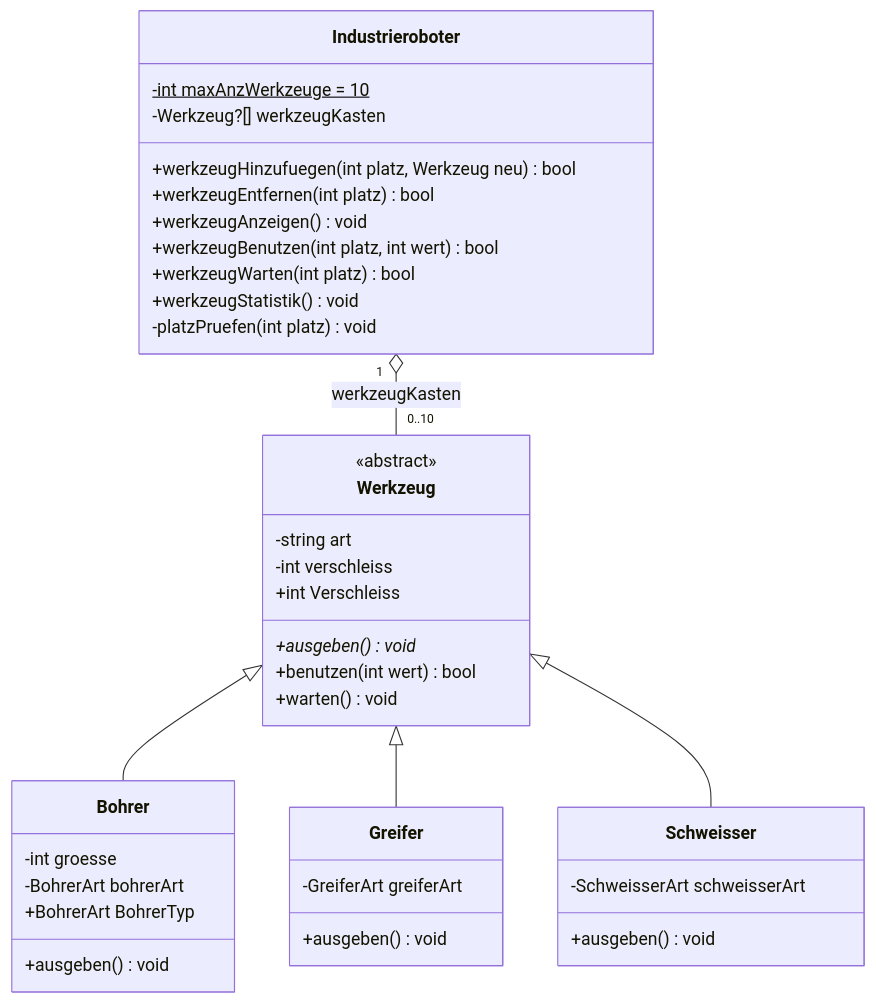
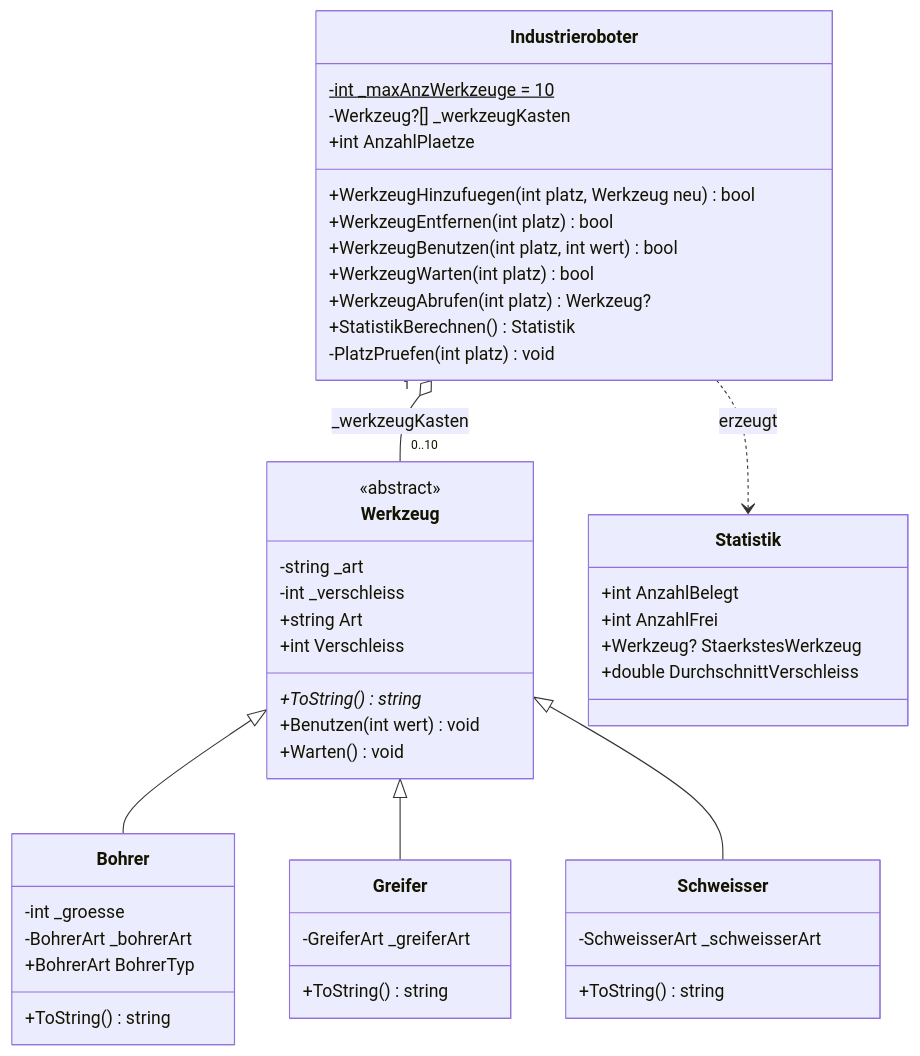
The diagram in README.md (PlossMarco/Industrieroboter), drawn with Mermaid before and after one commit. The commit also changed other lines of this file and 7 other files, not shown here.

````diff
--- a/README.md
+++ b/README.md
@@ -24,41 +24,50 @@
 ```mermaid
 classDiagram
     class Industrieroboter {
-        -int maxAnzWerkzeuge = 10$
-        -Werkzeug?[] werkzeugKasten
-        +werkzeugHinzufuegen(int platz, Werkzeug neu) bool
-        +werkzeugEntfernen(int platz) bool
-        +werkzeugAnzeigen() void
-        +werkzeugBenutzen(int platz, int wert) bool
-        +werkzeugWarten(int platz) bool
-        +werkzeugStatistik() void
-        -platzPruefen(int platz) void
+        -int _maxAnzWerkzeuge = 10$
+        -Werkzeug?[] _werkzeugKasten
+        +int AnzahlPlaetze
+        +WerkzeugHinzufuegen(int platz, Werkzeug neu) bool
+        +WerkzeugEntfernen(int platz) bool
+        +WerkzeugBenutzen(int platz, int wert) bool
+        +WerkzeugWarten(int platz) bool
+        +WerkzeugAbrufen(int platz) Werkzeug?
+        +StatistikBerechnen() Statistik
+        -PlatzPruefen(int platz) void
     }
     class Werkzeug {
         <<abstract>>
-        -string art
-        -int verschleiss
+        -string _art
+        -int _verschleiss
+        +string Art
         +int Verschleiss
-        +ausgeben() void*
-        +benutzen(int wert) bool
-        +warten() void
+        +ToString() string*
+        +Benutzen(int wert) void
+        +Warten() void
     }
     class Bohrer {
-        -int groesse
-        -BohrerArt bohrerArt
+        -int _groesse
+        -BohrerArt _bohrerArt
         +BohrerArt BohrerTyp
-        +ausgeben() void
+        +ToString() string
     }
     class Greifer {
-        -GreiferArt greiferArt
-        +ausgeben() void
+        -GreiferArt _greiferArt
+        +ToString() string
     }
     class Schweisser {
-        -SchweisserArt schweisserArt
-        +ausgeben() void
+        -SchweisserArt _schweisserArt
+        +ToString() string
     }
-    Industrieroboter "1" o-- "0..10" Werkzeug : werkzeugKasten
+    class Statistik {
+        +int AnzahlBelegt
+        +int AnzahlFrei
+        +Werkzeug? StaerkstesWerkzeug
+        +double DurchschnittVerschleiss
+    }
+    Industrieroboter "1" o-- "0..10" Werkzeug : _werkzeugKasten
+    Industrieroboter ..> Statistik : erzeugt
     Werkzeug <|-- Bohrer
     Werkzeug <|-- Greifer
     Werkzeug <|-- Schweisser
 ```
````
